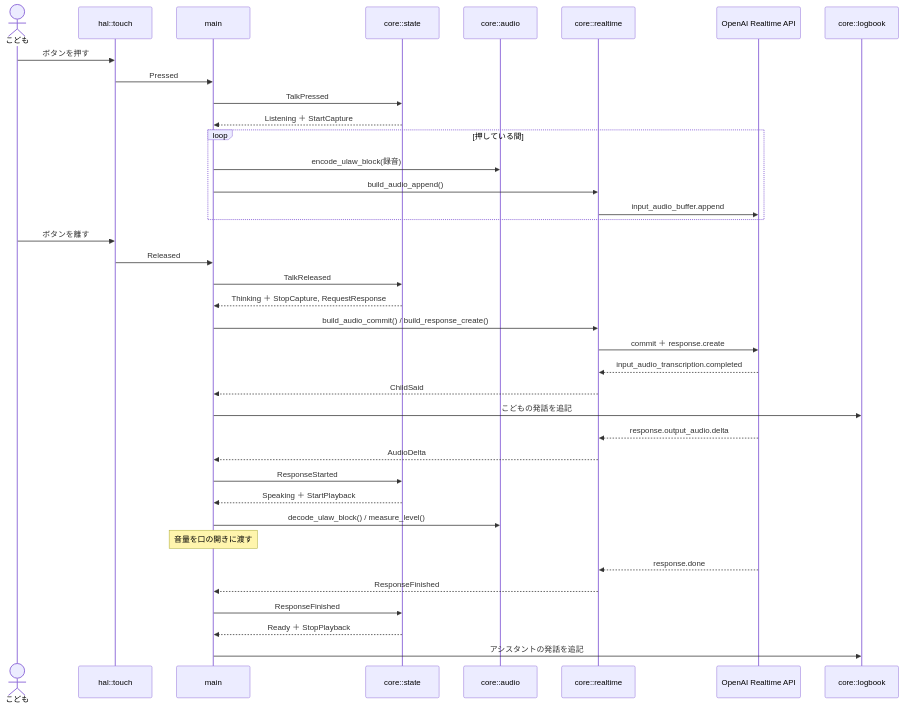
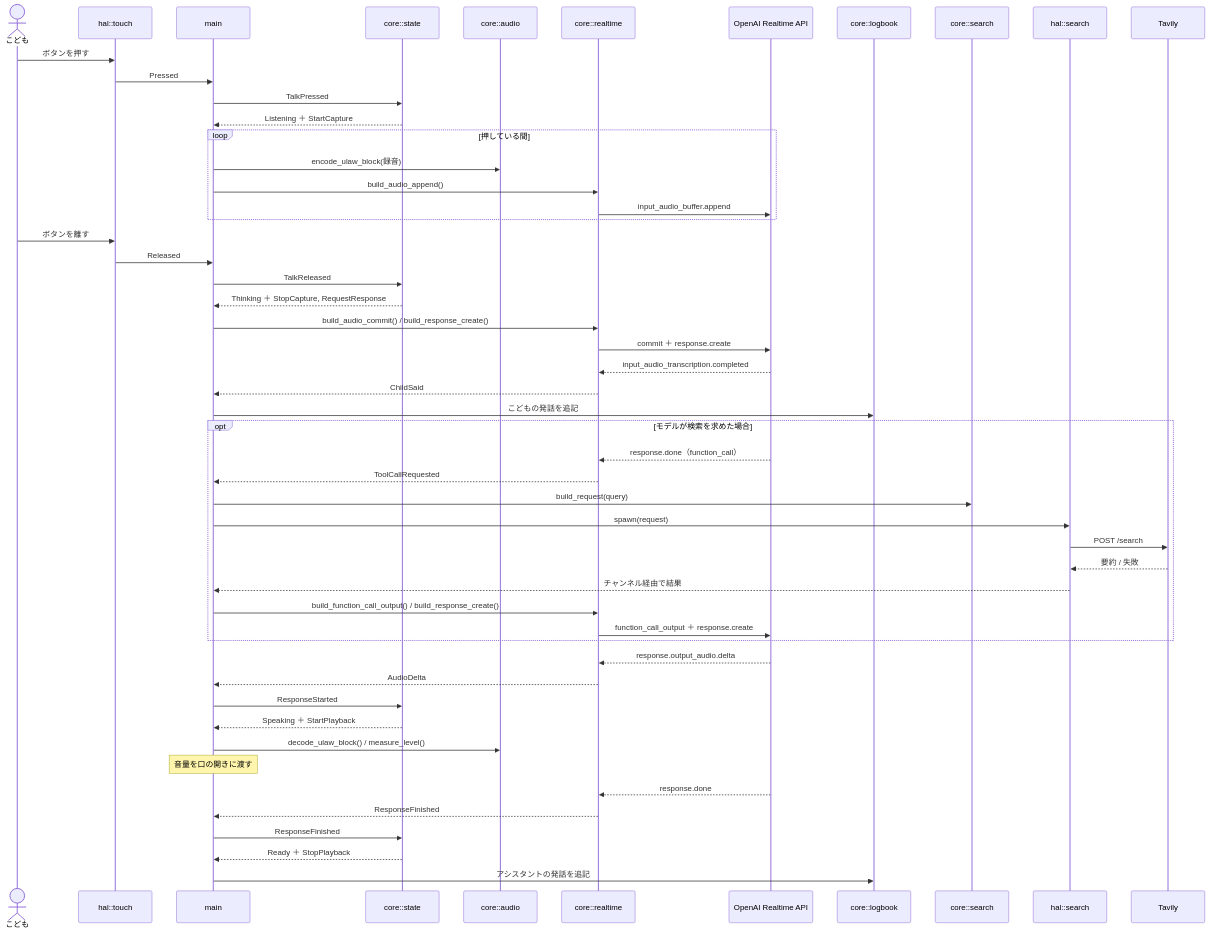
One commit to kibou-vision/m5a changed the second of 3 diagrams in docs/design/conversation.md. Above: the diagram before and after it, drawn with Mermaid. The commit also changed 15 other files, not shown here.

````diff
--- a/docs/design/conversation.md
+++ b/docs/design/conversation.md
@@ -35,46 +35,61 @@
 ```mermaid
 sequenceDiagram
   actor Child as こども
   participant Touch as hal::touch
   participant Main as main
   participant State as core::state
   participant Audio as core::audio
   participant Proto as core::realtime
   participant API as OpenAI Realtime API
   participant Log as core::logbook
+  participant Search as core::search
+  participant HalSearch as hal::search
+  participant Tavily as Tavily
 
   Child->>Touch: ボタンを押す
   Touch->>Main: Pressed
   Main->>State: TalkPressed
   State-->>Main: Listening ＋ StartCapture
 
   loop 押している間
     Main->>Audio: encode_ulaw_block(録音)
     Main->>Proto: build_audio_append()
     Proto->>API: input_audio_buffer.append
   end
 
   Child->>Touch: ボタンを離す
   Touch->>Main: Released
   Main->>State: TalkReleased
   State-->>Main: Thinking ＋ StopCapture, RequestResponse
   Main->>Proto: build_audio_commit() / build_response_create()
   Proto->>API: commit ＋ response.create
 
   API-->>Proto: input_audio_transcription.completed
   Proto-->>Main: ChildSaid
   Main->>Log: こどもの発話を追記
 
+  opt モデルが検索を求めた場合
+    API-->>Proto: response.done（function_call）
+    Proto-->>Main: ToolCallRequested
+    Main->>Search: build_request(query)
+    Main->>HalSearch: spawn(request)
+    HalSearch->>Tavily: POST /search
+    Tavily-->>HalSearch: 要約 / 失敗
+    HalSearch-->>Main: チャンネル経由で結果
+    Main->>Proto: build_function_call_output() / build_response_create()
+    Proto->>API: function_call_output ＋ response.create
+  end
+
   API-->>Proto: response.output_audio.delta
   Proto-->>Main: AudioDelta
   Main->>State: ResponseStarted
   State-->>Main: Speaking ＋ StartPlayback
   Main->>Audio: decode_ulaw_block() / measure_level()
   Note over Main: 音量を口の開きに渡す
 
   API-->>Proto: response.done
   Proto-->>Main: ResponseFinished
   Main->>State: ResponseFinished
   State-->>Main: Ready ＋ StopPlayback
   Main->>Log: アシスタントの発話を追記
 ```
````
